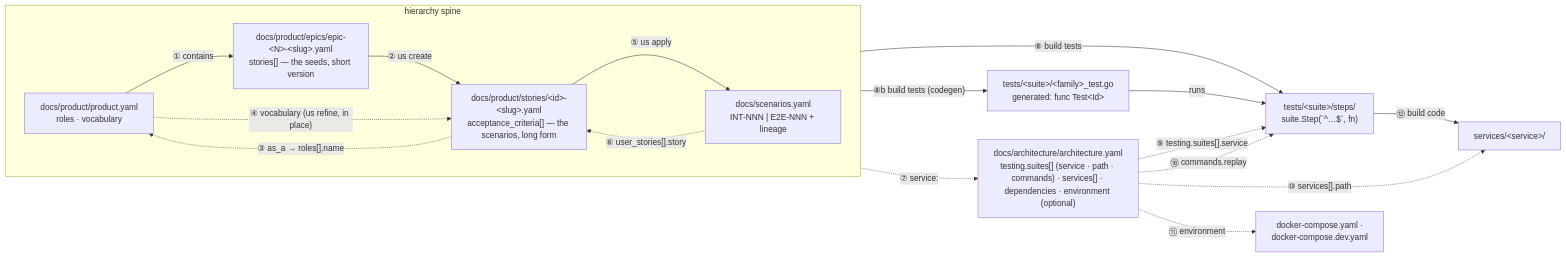
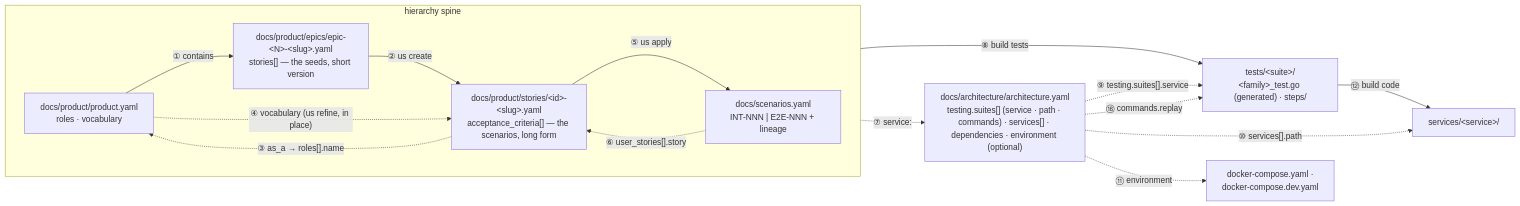
One commit to ondatra-ai/true-bdd changed the diagram in docs/doc-universe.md. Above: the diagram before and after it, drawn with Mermaid. The commit also changed other lines of this file and 49 other files, not shown here.

````diff
--- a/docs/doc-universe.md
+++ b/docs/doc-universe.md
@@ -83,33 +83,30 @@
 ```mermaid
 flowchart LR
   subgraph spine["hierarchy spine"]
     direction LR
     PRODUCT["docs/product/product.yaml<br/>roles · vocabulary"]
     EPIC["docs/product/epics/epic-&lt;N&gt;-&lt;slug&gt;.yaml<br/>stories[] — the seeds, short version"]
     STORY["docs/product/stories/&lt;id&gt;-&lt;slug&gt;.yaml<br/>acceptance_criteria[] — the scenarios, long form"]
     REG["docs/scenarios.yaml<br/>INT-NNN | E2E-NNN + lineage"]
     PRODUCT -- "① contains" --> EPIC
     EPIC -- "② us create" --> STORY
     STORY -- "⑤ us apply" --> REG
   end
 
   STORY -. "③ as_a → roles[].name" .-> PRODUCT
   PRODUCT -. "④ vocabulary (us refine, in place)" .-> STORY
   REG -. "⑥ user_stories[].story" .-> STORY
 
   ARCH["docs/architecture/architecture.yaml<br/>testing.suites[] (service · path · commands) · services[] · dependencies · environment (optional)"]
-  GEN["tests/&lt;suite&gt;/&lt;family&gt;_test.go<br/>generated: func Test&lt;Id&gt;"]
-  TESTS["tests/&lt;suite&gt;/steps/<br/>suite.Step(`^…$`, fn)"]
+  TESTS["tests/&lt;suite&gt;/<br/>&lt;family&gt;_test.go (generated) · steps/"]
   SRC["services/&lt;service&gt;/"]
   COMPOSE["docker-compose.yaml ·<br/>docker-compose.dev.yaml"]
 
   REG -- "⑧ build tests" --> TESTS
-  REG -- "⑧b build tests (codegen)" --> GEN
-  GEN -- "runs" --> TESTS
   TESTS -- "⑫ build code" --> SRC
   REG -. "⑦ service:" .-> ARCH
   ARCH -. "⑨ testing.suites[].service" .-> TESTS
   ARCH -. "⑱ commands.replay" .-> TESTS
   ARCH -. "⑩ services[].path" .-> SRC
   ARCH -. "⑪ environment" .-> COMPOSE
 ```
````
